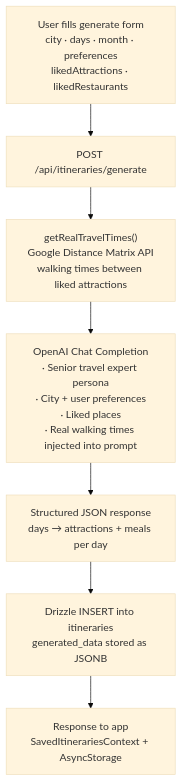
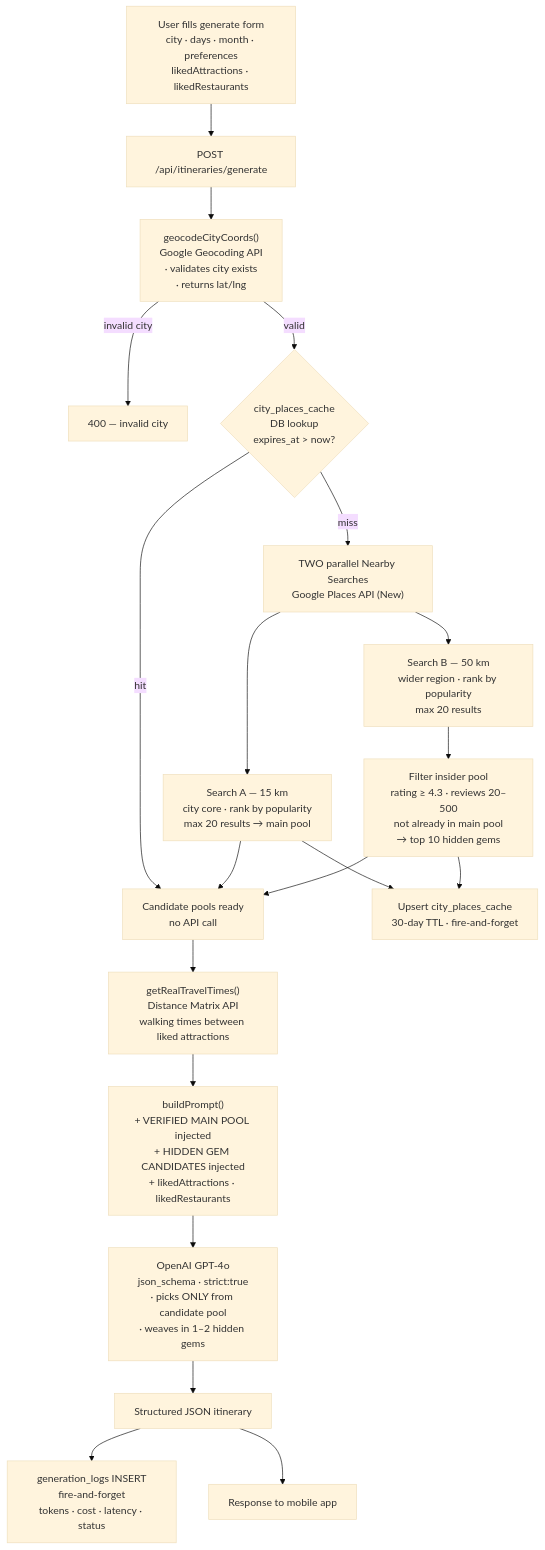
Before and after one commit to prateekroy13/SeniorTravelPlanner: the eighth of 12 diagrams in ARCHITECTURE.md, drawn with Mermaid (base theme). The commit also changed other lines of this file and 2 other files, not shown here.

````diff
--- a/ARCHITECTURE.md
+++ b/ARCHITECTURE.md
@@ -247,10 +294,23 @@
 ```mermaid
 flowchart TD
     Form["User fills generate form\ncity · days · month · preferences\nlikedAttractions · likedRestaurants"]
     Form --> Post["POST /api/itineraries/generate"]
-    Post --> DM["getRealTravelTimes()\nGoogle Distance Matrix API\nwalking times between liked attractions"]
-    DM --> OAI["OpenAI Chat Completion\n· Senior travel expert persona\n· City + user preferences\n· Liked places\n· Real walking times injected into prompt"]
-    OAI --> Resp["Structured JSON response\ndays → attractions + meals per day"]
-    Resp --> Insert["Drizzle INSERT into itineraries\ngenerated_data stored as JSONB"]
-    Insert --> Client["Response to app\nSavedItinerariesContext + AsyncStorage"]
+    Post --> Geo["geocodeCityCoords()\nGoogle Geocoding API\n· validates city exists\n· returns lat/lng"]
+    Geo -->|invalid city| Err["400 — invalid city"]
+    Geo -->|valid| Cache{"city_places_cache\nDB lookup\nexpires_at > now?"}
+    Cache -->|hit| Pool["Candidate pools ready\nno API call"]
+    Cache -->|miss| NS["TWO parallel Nearby Searches\nGoogle Places API (New)"]
+    NS --> NSA["Search A — 15 km\ncity core · rank by popularity\nmax 20 results → main pool"]
+    NS --> NSB["Search B — 50 km\nwider region · rank by popularity\nmax 20 results"]
+    NSB --> Filter["Filter insider pool\nrating ≥ 4.3 · reviews 20–500\nnot already in main pool\n→ top 10 hidden gems"]
+    NSA --> Upsert["Upsert city_places_cache\n30-day TTL · fire-and-forget"]
+    Filter --> Upsert
+    NSA --> Pool
+    Filter --> Pool
+    Pool --> DM["getRealTravelTimes()\nDistance Matrix API\nwalking times between liked attractions"]
+    DM --> Prompt["buildPrompt()\n+ VERIFIED MAIN POOL injected\n+ HIDDEN GEM CANDIDATES injected\n+ likedAttractions · likedRestaurants"]
+    Prompt --> OAI["OpenAI GPT-4o\njson_schema · strict:true\n· picks ONLY from candidate pool\n· weaves in 1–2 hidden gems"]
+    OAI --> Resp["Structured JSON itinerary"]
+    Resp --> Log["generation_logs INSERT\nfire-and-forget\ntokens · cost · latency · status"]
+    Resp --> Client["Response to mobile app"]
 ```
````
